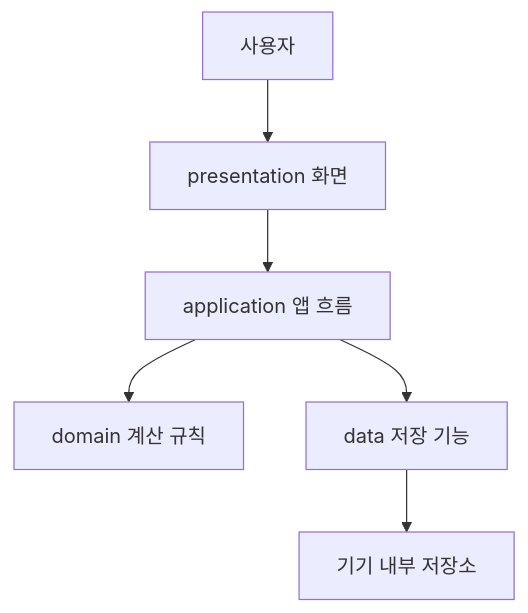
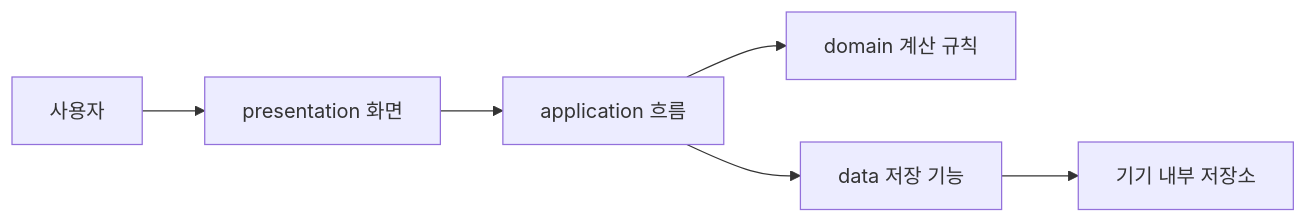
Before and after one commit to winjjws-hash/Finbit: the diagram in architecture.md, drawn with Mermaid. The commit also changed 3 other files, not shown here.

Commit message:
Add WBS and Mermaid presentation sections

````diff
--- a/architecture.md
+++ b/architecture.md
@@ -15,8 +15,9 @@
 ```mermaid
-flowchart TD
-  User["사용자"] --> Presentation["presentation 화면"]
-  Presentation --> Application["application 앱 흐름"]
-  Application --> Domain["domain 계산 규칙"]
-  Application --> Data["data 저장 기능"]
-  Data --> Local["기기 내부 저장소"]
+flowchart LR
+  User["사용자"] --> UI["presentation 화면"]
+  UI --> App["application 흐름"]
+  App --> Rule["domain 계산 규칙"]
+  App --> Store["data 저장 기능"]
+  Store --> Local["기기 내부 저장소"]
+
 ```
````
